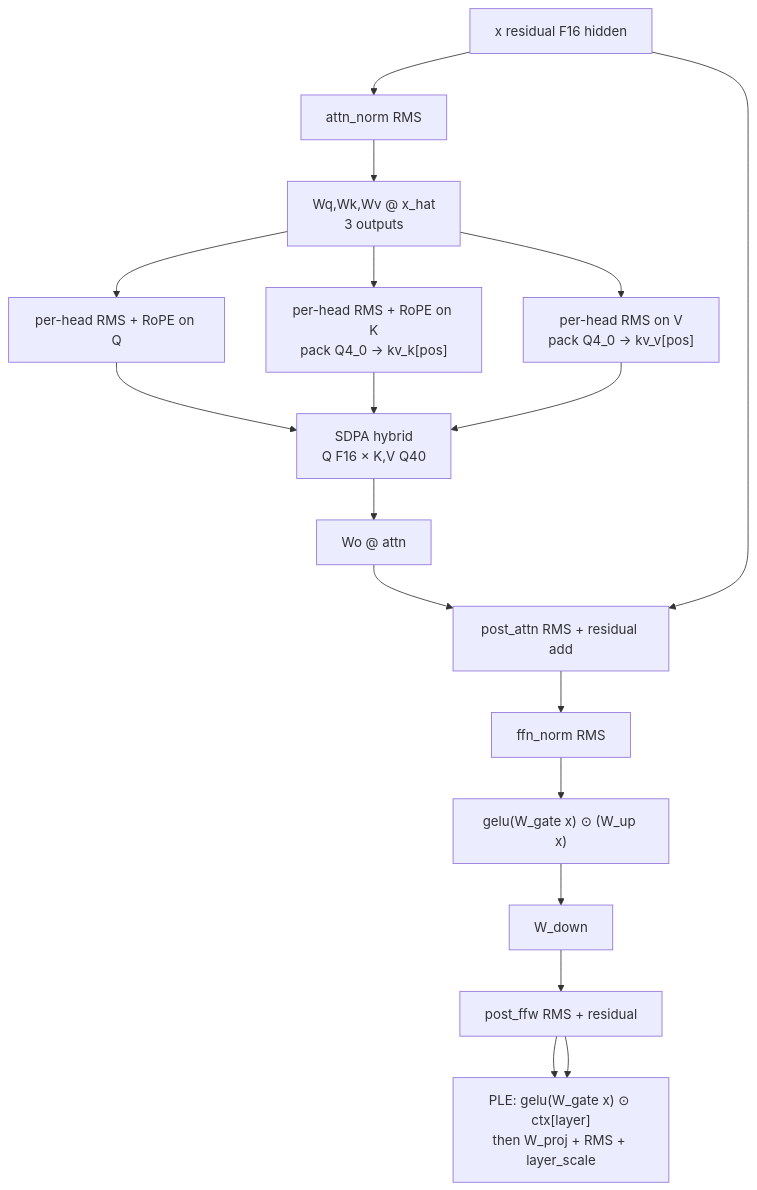
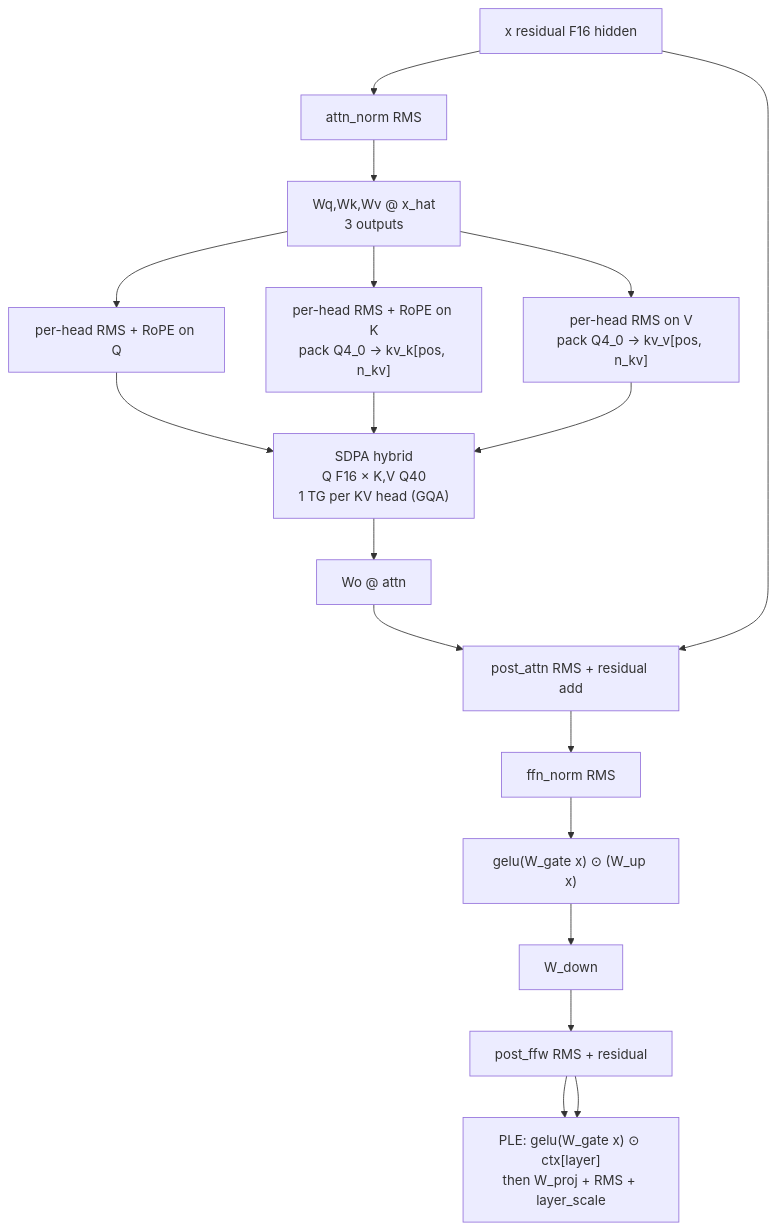
One commit to githubpradeep/ksearch changed the second of 8 diagrams in docs/00-gemma-architecture.md. Above: the diagram before and after it, drawn with Mermaid. The commit also changed other lines of this file and 6 other files, not shown here.

````diff
--- a/docs/00-gemma-architecture.md
+++ b/docs/00-gemma-architecture.md
@@ -32,28 +32,28 @@
 ```mermaid
 flowchart TB
   X["x  residual F16 hidden"]
   AN["attn_norm RMS"]
   QKV["Wq,Wk,Wv @ x_hat\n3 outputs"]
   QN["per-head RMS + RoPE on Q"]
-  KN["per-head RMS + RoPE on K\npack Q4_0 → kv_k[pos]"]
-  VN["per-head RMS on V\npack Q4_0 → kv_v[pos]"]
-  SDPA["SDPA hybrid\nQ F16 × K,V Q40"]
+  KN["per-head RMS + RoPE on K\npack Q4_0 → kv_k[pos, n_kv]"]
+  VN["per-head RMS on V\npack Q4_0 → kv_v[pos, n_kv]"]
+  SDPA["SDPA hybrid\nQ F16 × K,V Q40\n1 TG per KV head (GQA)"]
   O["Wo @ attn"]
   PA["post_attn RMS + residual add"]
   FN["ffn_norm RMS"]
   GU["gelu(W_gate x) ⊙ (W_up x)"]
   D["W_down"]
   PF["post_ffw RMS + residual"]
   PLE["PLE: gelu(W_gate x) ⊙ ctx[layer]\nthen W_proj + RMS + layer_scale"]
 
   X --> AN --> QKV
   QKV --> QN
   QKV --> KN
   QKV --> VN
   QN --> SDPA
   KN --> SDPA
   VN --> SDPA
   SDPA --> O --> PA --> FN --> GU --> D --> PF --> PLE
   X --> PA
   PF --> PLE
 ```
````
